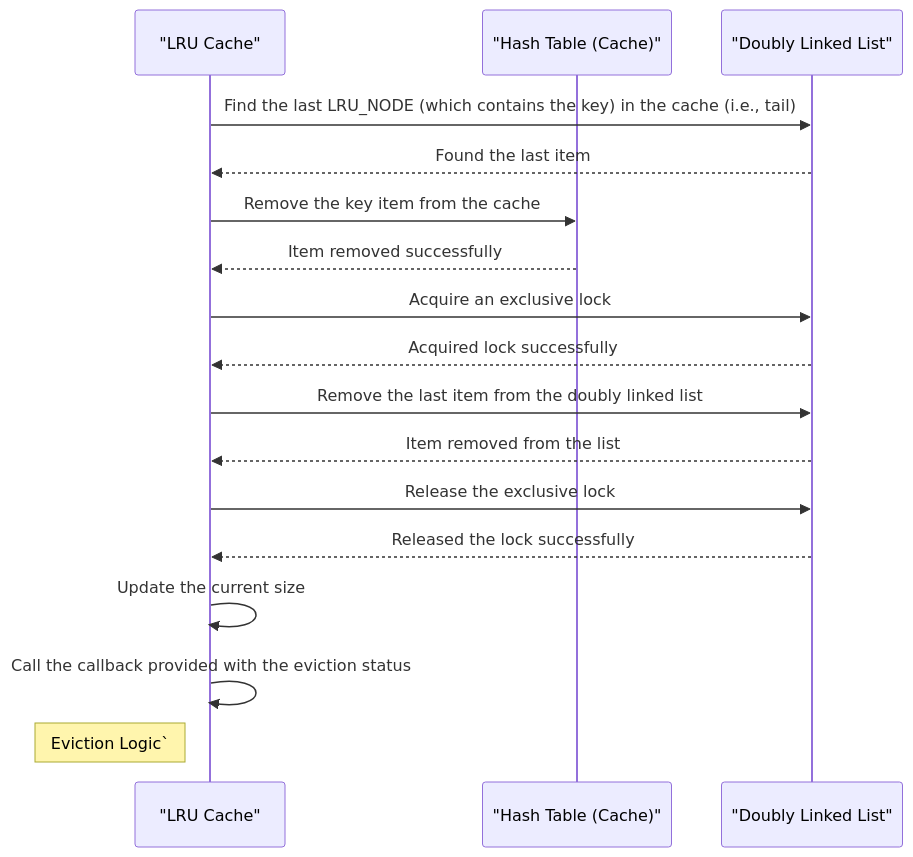
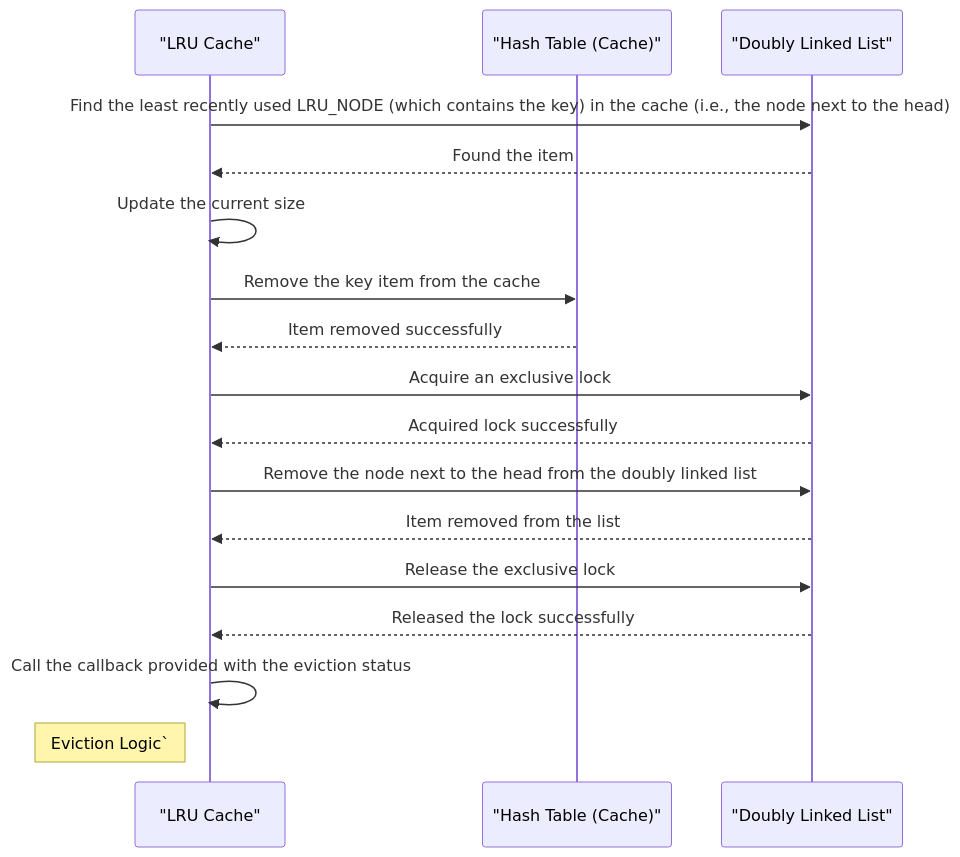
Before and after one commit to Azure/clds: the second of 3 diagrams in devdoc/lru_cache_design.md, drawn with Mermaid. The commit also changed other lines of this file and 4 other files, not shown here.

````diff
--- a/devdoc/lru_cache_design.md
+++ b/devdoc/lru_cache_design.md
@@ -79,19 +99,19 @@
 ```mermaid
 sequenceDiagram
     participant Cache as "LRU Cache"
     participant HashTable as "Hash Table (Cache)"
     participant DoublyLinkedList as "Doubly Linked List"
-    Cache ->> DoublyLinkedList: Find the last LRU_NODE (which contains the key) in the cache (i.e., tail)
-    DoublyLinkedList -->> Cache: Found the last item
+    Cache ->> DoublyLinkedList: Find the least recently used LRU_NODE (which contains the key) in the cache (i.e., the node next to the head)
+    DoublyLinkedList -->> Cache: Found the item
+    Cache ->> Cache: Update the current size
     Cache ->> HashTable: Remove the key item from the cache
     HashTable -->> Cache: Item removed successfully
     Cache ->> DoublyLinkedList: Acquire an exclusive lock
     DoublyLinkedList -->> Cache: Acquired lock successfully
-    Cache ->> DoublyLinkedList: Remove the last item from the doubly linked list
+    Cache ->> DoublyLinkedList: Remove the node next to the head from the doubly linked list
     DoublyLinkedList -->> Cache: Item removed from the list
     Cache ->> DoublyLinkedList: Release the exclusive lock
     DoublyLinkedList -->> Cache: Released the lock successfully
-    Cache ->> Cache: Update the current size
     Cache ->> Cache: Call the callback provided with the eviction status
     Note left of Cache: Eviction Logic` 
 ```
````
